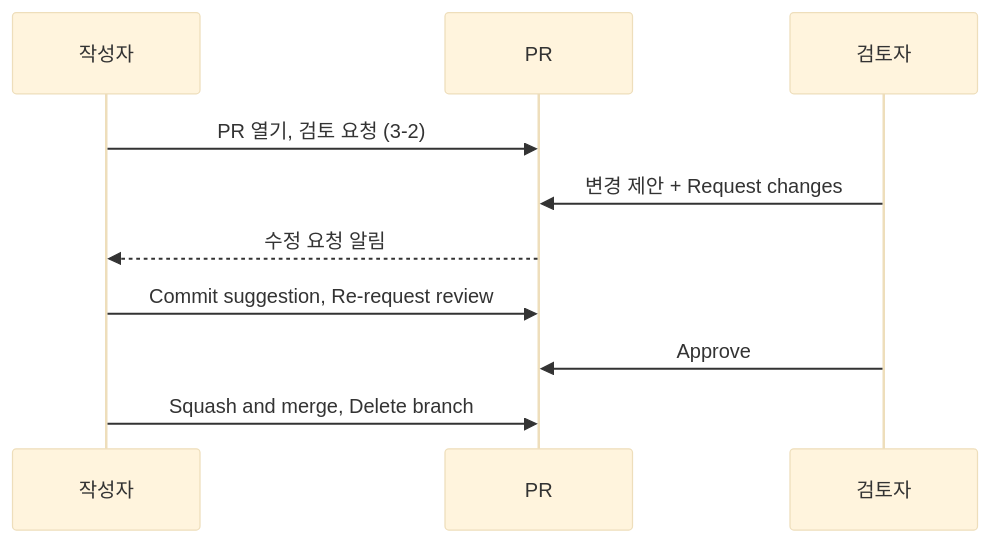
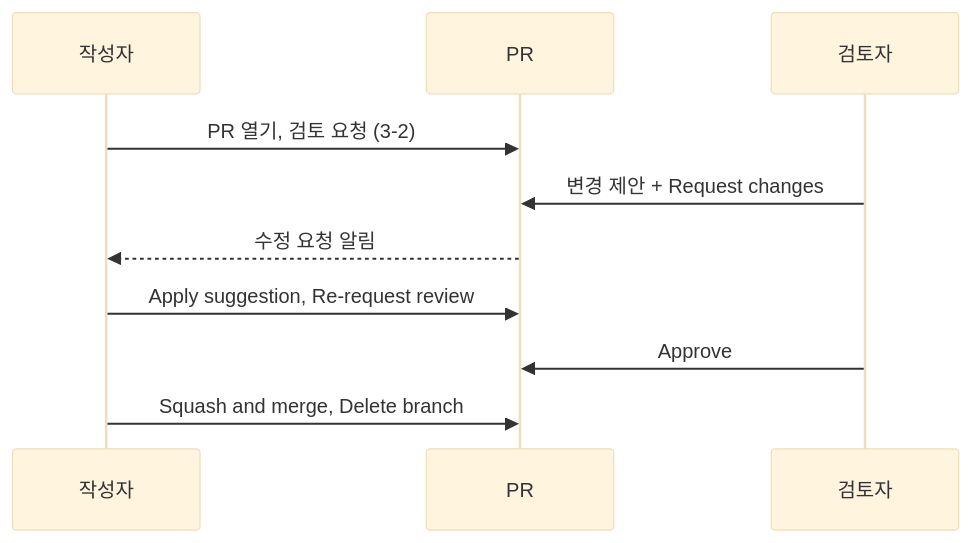
The diagram in docs/class3/lab-3.md (hyongsu/github-900-lab), drawn with Mermaid (base theme) before and after one commit. The commit also changed other lines of this file and 5 other files, not shown here.

````diff
--- a/docs/class3/lab-3.md
+++ b/docs/class3/lab-3.md
@@ -23,12 +23,12 @@
 ```mermaid
 sequenceDiagram
     participant 작성자
     participant PR
     participant 검토자
     작성자->>PR: PR 열기, 검토 요청 (3-2)
     검토자->>PR: 변경 제안 + Request changes
     PR-->>작성자: 수정 요청 알림
-    작성자->>PR: Commit suggestion, Re-request review
+    작성자->>PR: Apply suggestion, Re-request review
     검토자->>PR: Approve
     작성자->>PR: Squash and merge, Delete branch
 ```
````
